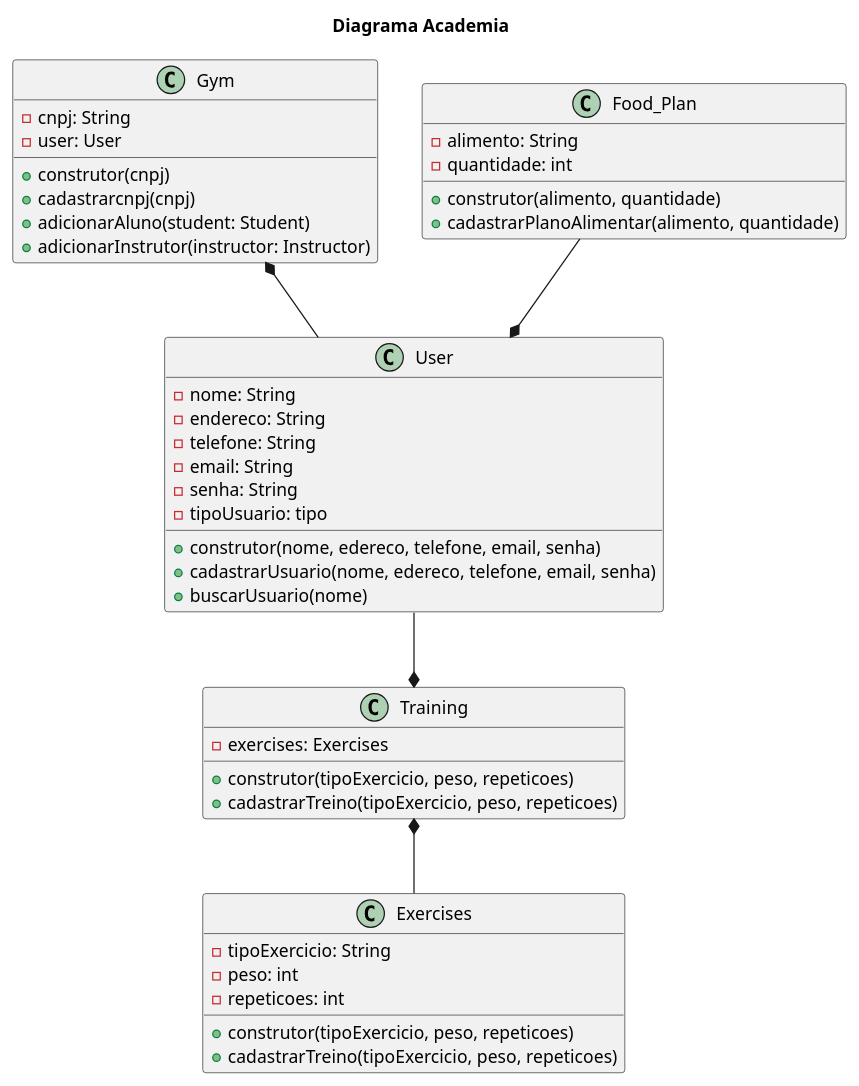
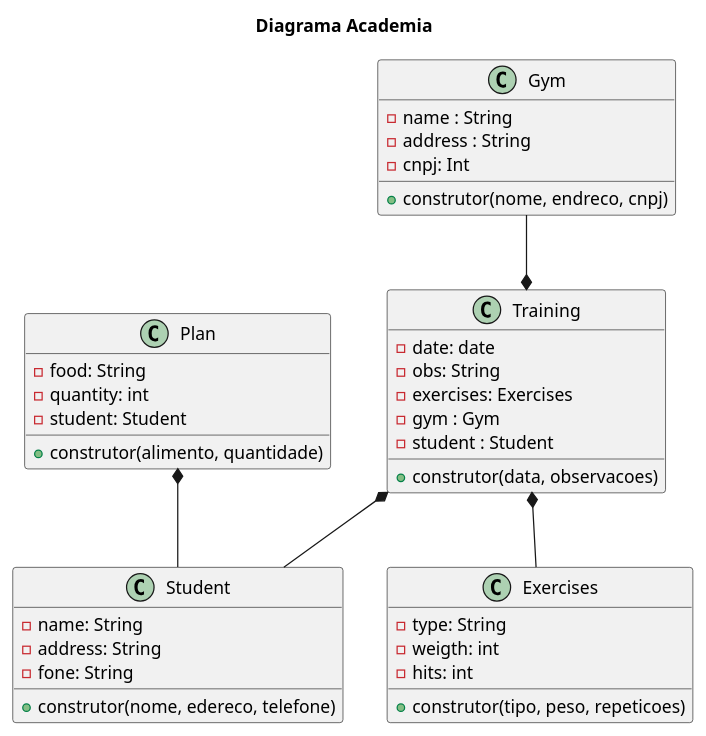
The diagram in DiagramaClasses.plantuml (anleaes/2023-1-N2-POO-02), drawn with PlantUML before and after one commit. The commit also changed 53 other files, not shown here.

```diff
--- a/DiagramaClasses.plantuml
+++ b/DiagramaClasses.plantuml
@@ -2,64 +3,57 @@
 @startuml
 
 title: Diagrama Academia
 
-class User {
-    - nome: String
-    - endereco: String
-    - telefone: String
-    - email: String
-    - senha: String
-    - tipoUsuario: tipo
-    + construtor(nome, edereco, telefone, email, senha)      
-    + cadastrarUsuario(nome, edereco, telefone, email, senha)
-    + buscarUsuario(nome)                 
+class Student {
+    - name: String
+    - address: String
+    - fone: String
+    + construtor(nome, edereco, telefone)      
+            
     
 }
 
 class Gym{
-    - cnpj: String
-    - user: User
-    + construtor(cnpj)
-    + cadastrarcnpj(cnpj)
-    + adicionarAluno(student: Student)
-    + adicionarInstrutor(instructor: Instructor)
-
+    - name : String
+    - address : String
+    - cnpj: Int
+    + construtor(nome, endreco, cnpj)
 }
 
 
 class Training{
+    - date: date
+    - obs: String
     - exercises: Exercises
-    + construtor(tipoExercicio, peso, repeticoes)
-    + cadastrarTreino(tipoExercicio, peso, repeticoes)
+    - gym : Gym
+    - student : Student
+    + construtor(data, observacoes)
 }
 
 class Exercises{
-    - tipoExercicio: String
-    - peso: int
-    - repeticoes: int
-    + construtor(tipoExercicio, peso, repeticoes)
-    + cadastrarTreino(tipoExercicio, peso, repeticoes)
+    - type: String
+    - weigth: int
+    - hits: int
+    + construtor(tipo, peso, repeticoes)
+    
 }
 
-class Food_Plan{
-    - alimento: String
-    - quantidade: int
+class Plan{
+    - food: String
+    - quantity: int
+    - student: Student
     + construtor(alimento, quantidade)
-    + cadastrarPlanoAlimentar(alimento, quantidade)
 }
 
-
-
-
-
-User --* Training
+  
+Gym --* Training
 Training *-- Exercises
-Gym *-- User
-Food_Plan --* User
+Training *-- Student
+Plan *-- Student
 
 
 
 
 
 
 @enduml
```
